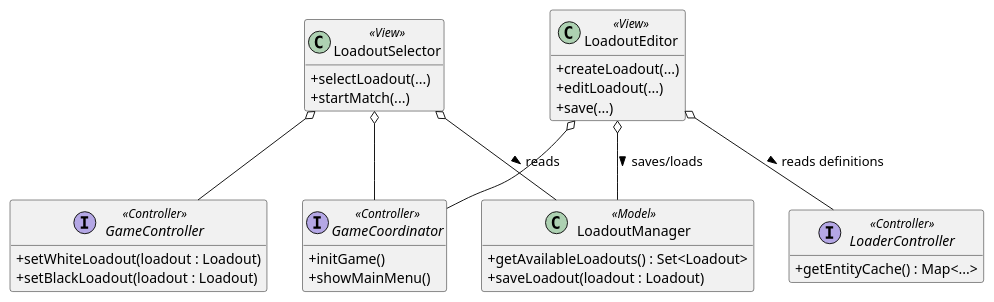
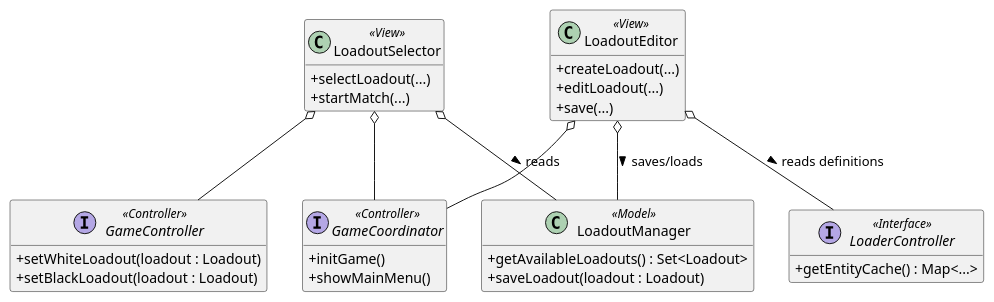
One commit to Turbo-Chess/Turbo-Chess changed the diagram in docs/LoadoutEditor&Selector.puml. Above: the diagram before and after it, drawn with PlantUML.

Commit message:
Adjustment to UML

```diff
--- a/docs/LoadoutEditor&Selector.puml
+++ b/docs/LoadoutEditor&Selector.puml
@@ -1,45 +1,45 @@
 @startuml LoadoutUI
 
 skinparam classAttributeIconSize 0
 hide empty fields
 hide empty methods
 
 class LoadoutSelector <<View>> {
   + selectLoadout(...)
   + startMatch(...)
 }
 
 interface GameController <<Controller>> {
   + setWhiteLoadout(loadout : Loadout)
   + setBlackLoadout(loadout : Loadout)
 }
 
 interface GameCoordinator <<Controller>> {
   + initGame()
   + showMainMenu()
 }
 
 class LoadoutManager <<Model>> {
   + getAvailableLoadouts() : Set<Loadout>
   + saveLoadout(loadout : Loadout)
 }
 
 LoadoutSelector o-- GameController
 LoadoutSelector o-- GameCoordinator
 LoadoutSelector o-- LoadoutManager : reads >
 
 class LoadoutEditor <<View>> {
   + createLoadout(...)
   + editLoadout(...)
   + save(...)
 }
 
-interface LoaderController <<Controller>> {
+interface LoaderController <<Interface>> {
   + getEntityCache() : Map<...>
 }
 
 LoadoutEditor o-- GameCoordinator
 LoadoutEditor o-- LoaderController : reads definitions >
 LoadoutEditor o-- LoadoutManager : saves/loads >
 
 @enduml
```
